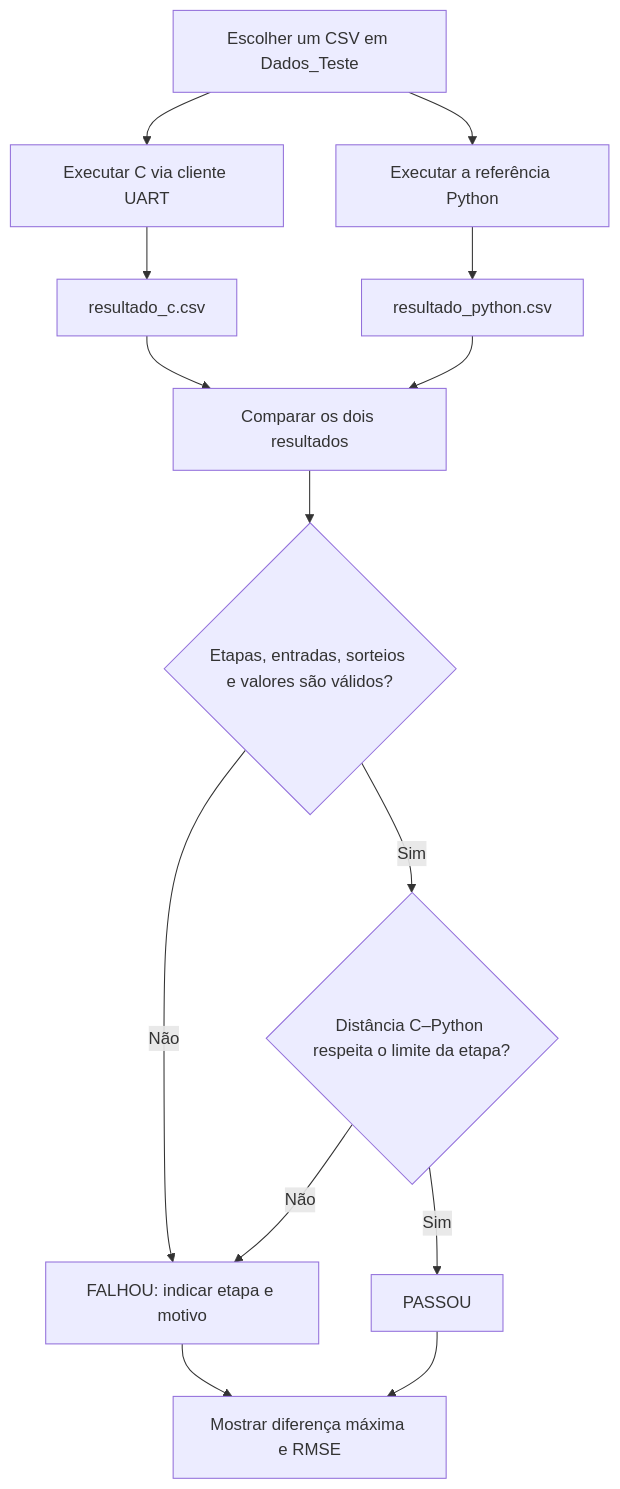
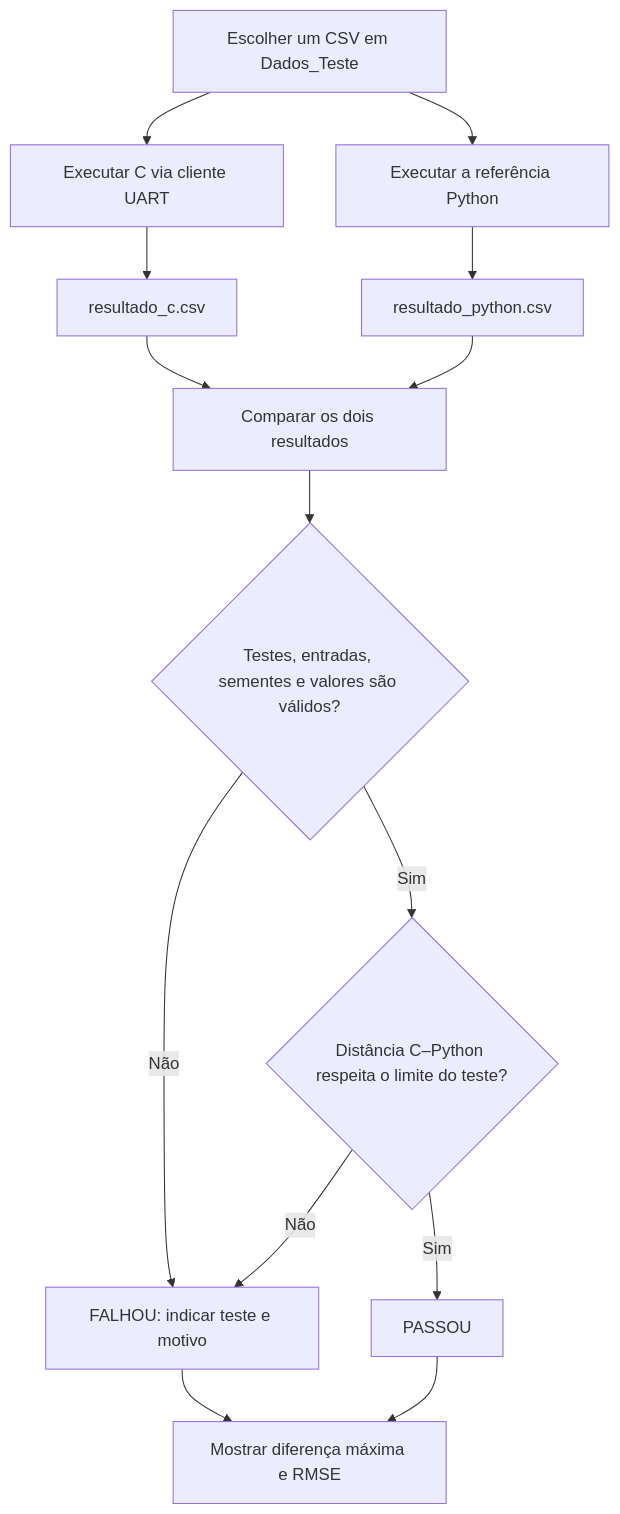
Before and after one commit to RichardBrendon/Particle-Filter: the second of 2 diagrams in docs/funcionamento-e-validacao.md, drawn with Mermaid. The commit also changed other lines of this file, not shown here.

Commit message:
Atualiza funcionamento e validacao para testes de uma etapa

````diff
--- a/docs/funcionamento-e-validacao.md
+++ b/docs/funcionamento-e-validacao.md
@@ -28,16 +31,16 @@
 ```mermaid
 flowchart TD
     A[Escolher um CSV em Dados_Teste] --> B[Executar C via cliente UART]
     A --> C[Executar a referência Python]
     B --> D[resultado_c.csv]
     C --> E[resultado_python.csv]
     D --> F[Comparar os dois resultados]
     E --> F
-    F --> G{Etapas, entradas, sorteios e valores são válidos?}
-    G -- Não --> H[FALHOU: indicar etapa e motivo]
-    G -- Sim --> I{Distância C–Python respeita o limite da etapa?}
+    F --> G{Testes, entradas, sementes e valores são válidos?}
+    G -- Não --> H[FALHOU: indicar teste e motivo]
+    G -- Sim --> I{Distância C–Python respeita o limite do teste?}
     I -- Não --> H
     I -- Sim --> J[PASSOU]
     H --> K[Mostrar diferença máxima e RMSE]
     J --> K
 ```
````
